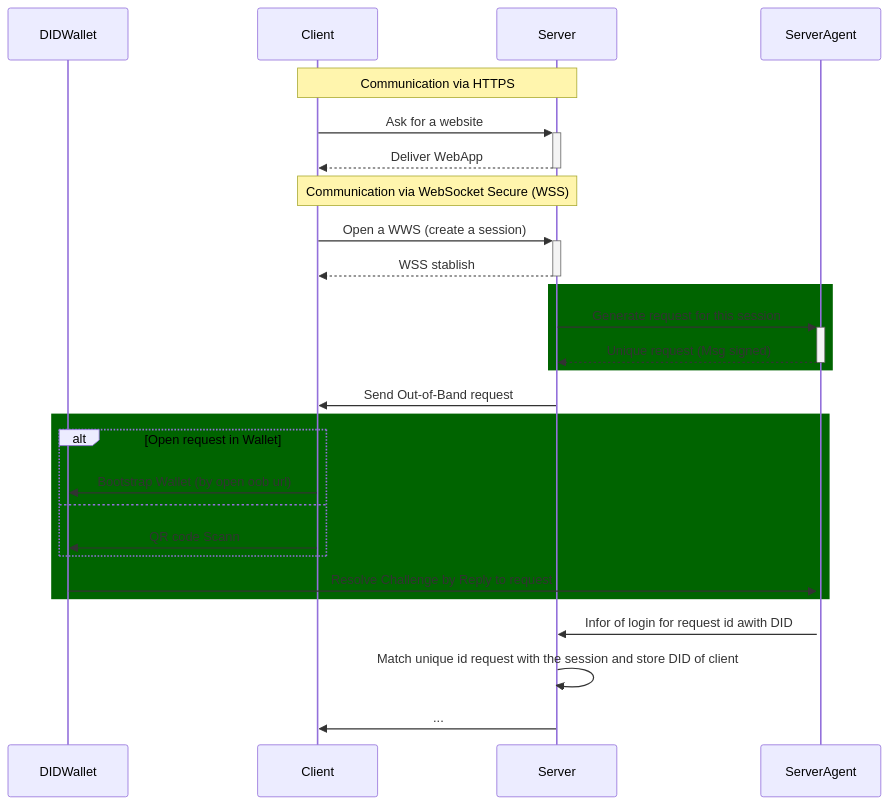
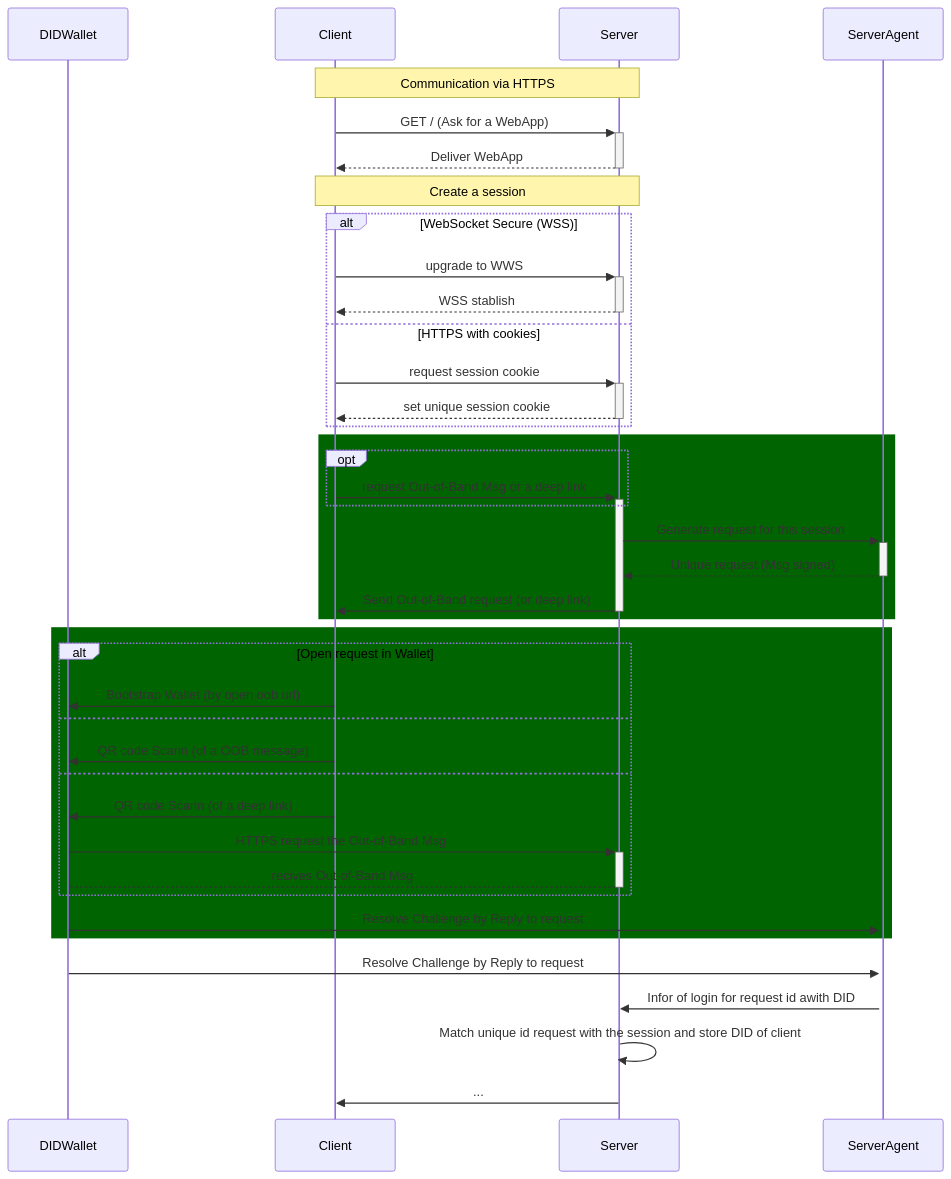
One commit to FabioPinheiro/scala-did changed the second of 3 diagrams in did-comm-protocols/shared/src/main/scala/fmgp/did/comm/protocol/auth/auth-protocol.md. Above: the diagram before and after it, drawn with Mermaid. The commit also changed other lines of this file and 2 other files, not shown here.

````diff
--- a/did-comm-protocols/shared/src/main/scala/fmgp/did/comm/protocol/auth/auth-protocol.md
+++ b/did-comm-protocols/shared/src/main/scala/fmgp/did/comm/protocol/auth/auth-protocol.md
@@ -51,37 +63,50 @@
 ```mermaid
 sequenceDiagram
   participant DIDWallet
   participant Client
   participant Server
   participant ServerAgent
 
   Note over Client,Server: Communication via HTTPS
 
-  Client->>+Server: Ask for a website
+  Client->>+Server: GET / (Ask for a WebApp)
   Server-->>-Client: Deliver WebApp
 
+   Note over Client,Server: Create a session
+  alt WebSocket Secure (WSS)
+    Client->>+Server: upgrade to WWS
+    Server-->>-Client: WSS stablish
+  else HTTPS with cookies
+    Client->>+Server: request session cookie
+    Server-->>-Client: set unique session cookie
+  end
 
-  Note over Client,Server: Communication via WebSocket Secure (WSS)
-
-  Client->>+Server: Open a WWS (create a session)
-  Server-->>-Client: WSS stablish
-
-  rect rgb(0, 100, 0)
+rect rgb(0, 100, 0)
+  opt
+    Client->>+Server: request Out-of-Band Msg or a deep link
+  end
+  
     Server->>+ServerAgent: Generate request for this session
     ServerAgent-->>-Server: Unique request (Msg signed)
+  Server->>-Client: Send Out-of-Band request (or deep link)
   end
-  Server->>Client: Send Out-of-Band request
+  
   rect rgb(0, 100, 0)
     alt Open request in Wallet
       Client->> DIDWallet: Bootstrap Wallet (by open oob url)
     else
-      Client->>DIDWallet: QR code Scann
+      Client->>DIDWallet: QR code Scann (of a OOB message)
+    else
+      Client->>DIDWallet: QR code Scann (of a deep link)
+      DIDWallet->>+Server: HTTPS request the Out-of-Band Msg
+      Server-->-DIDWallet: recives Out-of-Band Msg
     end
     DIDWallet->>+ServerAgent: Resolve Challenge by Reply to request
   end
+  DIDWallet->>+ServerAgent: Resolve Challenge by Reply to request
 
   ServerAgent->>Server: Infor of login for request id awith DID
   Server->>Server: Match unique id request with the session and store DID of client
 
   Server->>Client: ...
 ```
````
